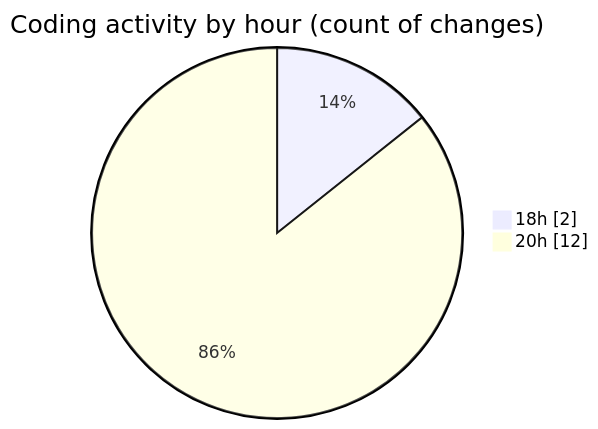
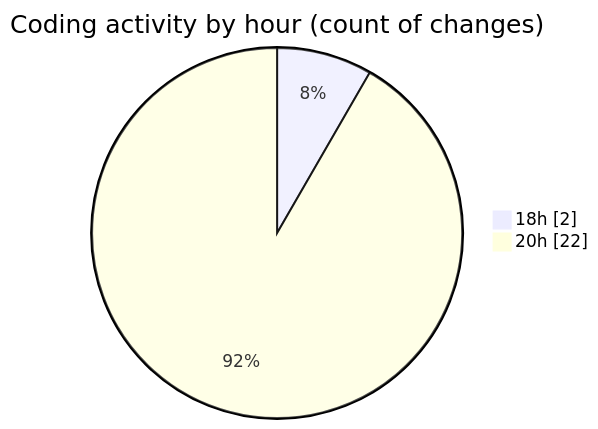
One commit to robertbonfada/code-tracking changed the second of 2 diagrams in 2025-02-26/area-formacao-web/README.md. Above: the diagram before and after it, drawn with Mermaid. The commit also changed other lines of this file and 1 other file, not shown here.

````diff
--- a/2025-02-26/area-formacao-web/README.md
+++ b/2025-02-26/area-formacao-web/README.md
@@ -39,6 +39,6 @@
 ```mermaid
 pie showData
 title Coding activity by hour (count of changes)
 "18h" : 2
-"20h" : 12
+"20h" : 22
 ```
````
